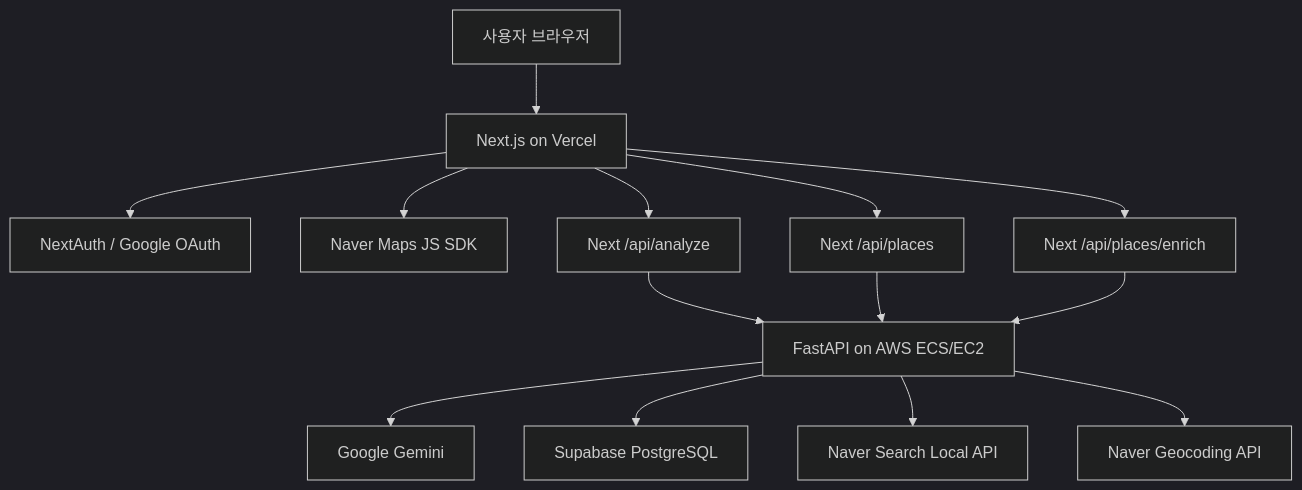
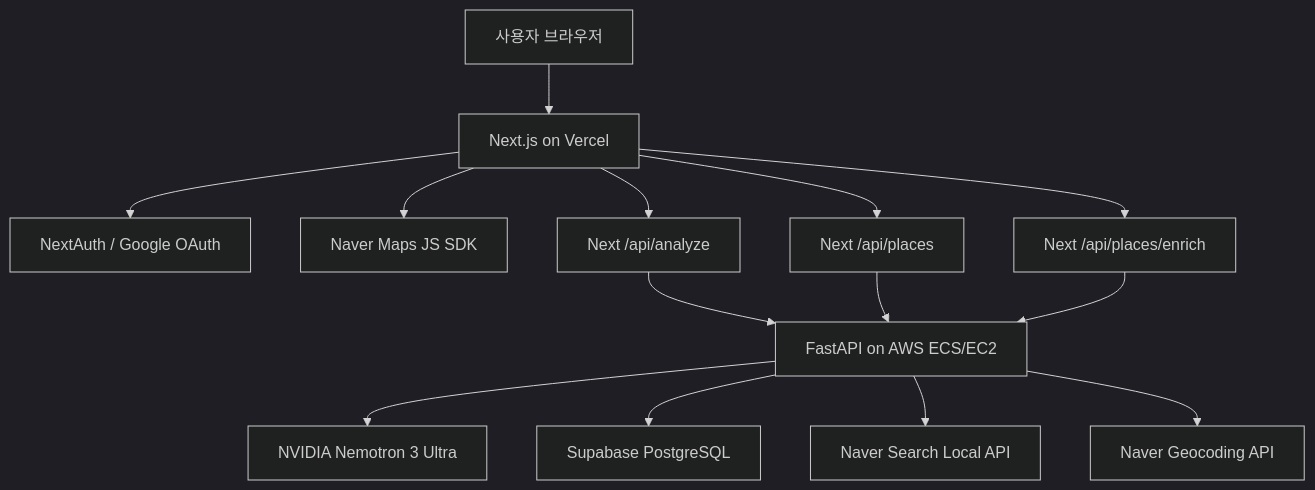
One commit to BapSangE/sple changed the second of 2 diagrams in README.md. Above: the diagram before and after it, drawn with Mermaid (dark theme). The commit also changed other lines of this file and 10 other files, not shown here.

Commit message:
feat: switch place extraction to NVIDIA Nemotron 3 Ultra

````diff
--- a/README.md
+++ b/README.md
@@ -100,18 +100,18 @@
 ```mermaid
 flowchart TD
   User["사용자 브라우저"] --> Frontend["Next.js on Vercel"]
   Frontend --> Auth["NextAuth / Google OAuth"]
   Frontend --> NaverMap["Naver Maps JS SDK"]
   Frontend --> AnalyzeRoute["Next /api/analyze"]
   Frontend --> PlacesRoute["Next /api/places"]
   Frontend --> EnrichRoute["Next /api/places/enrich"]
 
   AnalyzeRoute --> Backend["FastAPI on AWS ECS/EC2"]
   PlacesRoute --> Backend
   EnrichRoute --> Backend
 
-  Backend --> Gemini["Google Gemini"]
+  Backend --> NVIDIA["NVIDIA Nemotron 3 Ultra"]
   Backend --> DB["Supabase PostgreSQL"]
   Backend --> NaverSearch["Naver Search Local API"]
   Backend --> NaverGeocode["Naver Geocoding API"]
 ```
````
